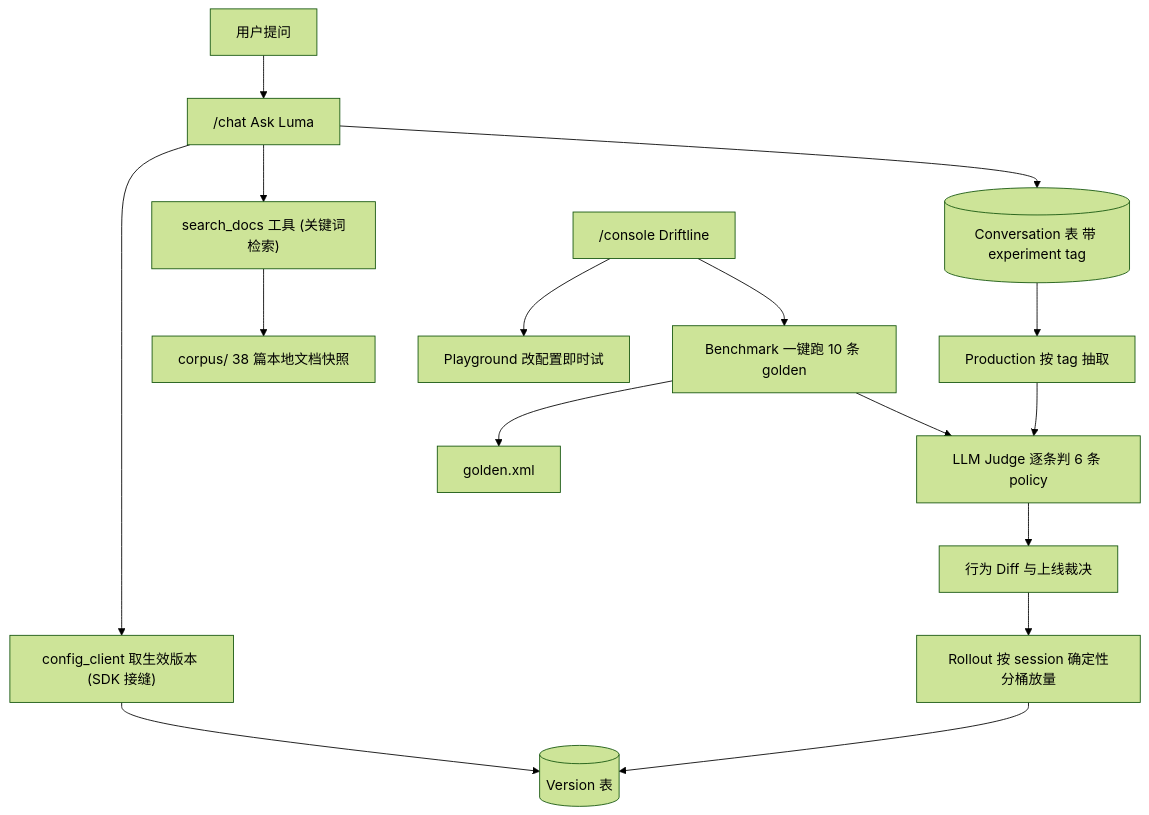
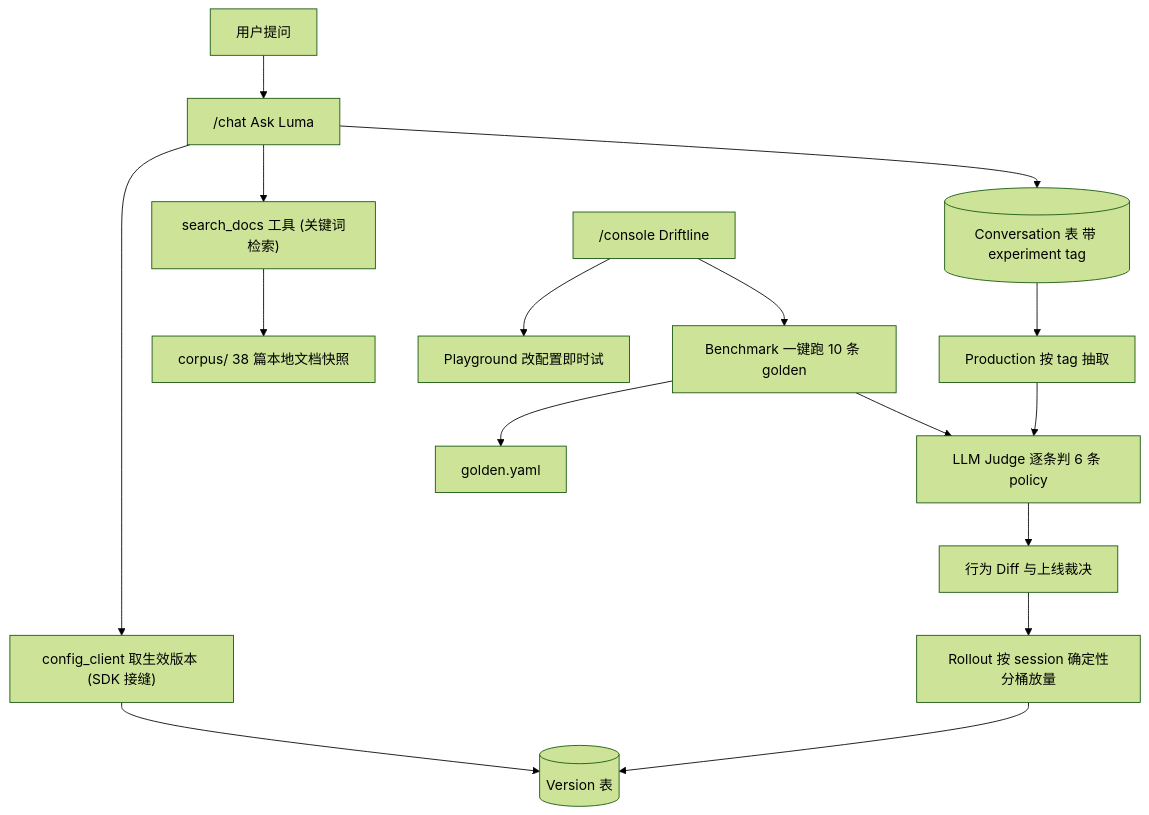
One commit to niufei8888/ai_change_management changed the diagram in ai-discussion/design_high_level.md. Above: the diagram before and after it, drawn with Mermaid (forest theme). The commit also changed other lines of this file and 42 other files, not shown here.

````diff
--- a/ai-discussion/design_high_level.md
+++ b/ai-discussion/design_high_level.md
@@ -94,21 +101,21 @@
 ```mermaid
 flowchart TD
     corpus["corpus/ 38 篇本地文档快照"]
     user["用户提问"] --> chat["/chat Ask Luma"]
     chat --> configClient["config_client 取生效版本 (SDK 接缝)"]
     configClient --> versions[("Version 表")]
     chat --> tool["search_docs 工具 (关键词检索)"]
     tool --> corpus
     chat --> conv[("Conversation 表 带 experiment tag")]
 
     console["/console Driftline"]
     console --> playground["Playground 改配置即时试"]
     console --> bench["Benchmark 一键跑 10 条 golden"]
-    bench --> dataset["golden.xml"]
+    bench --> dataset["golden.yaml"]
     bench --> judge["LLM Judge 逐条判 6 条 policy"]
     judge --> diff["行为 Diff 与上线裁决"]
     diff --> rollout["Rollout 按 session 确定性分桶放量"]
     rollout --> versions
     conv --> prod["Production 按 tag 抽取"]
     prod --> judge
 ```
````
